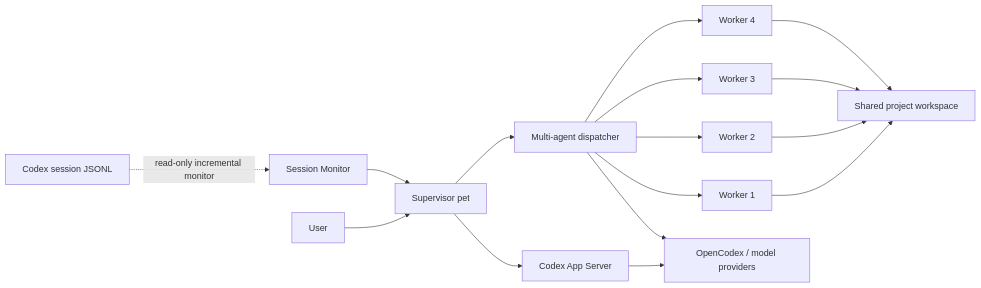
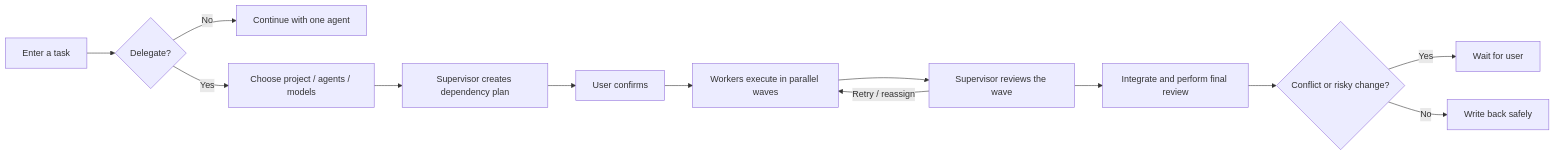
Before and after one commit to Gu-kai-lei/Open-Pet-Office: the diagram in README_EN.md, drawn with Mermaid. The commit also changed other lines of this file and 15 other files, not shown here.

````diff
--- a/README_EN.md
+++ b/README_EN.md
@@ -206,14 +59,15 @@
 ```mermaid
 flowchart LR
-    U[User] --> P[Supervisor pet]
-    P --> A[Codex App Server]
-    P --> D[Multi-agent dispatcher]
-    D --> W1[Worker 1]
-    D --> W2[Worker 2]
-    D --> W3[Worker 3]
-    D --> W4[Worker 4]
-    W1 & W2 & W3 & W4 --> S[Shared project workspace]
-    C[Codex session JSONL] -. read-only incremental monitor .-> M[Session Monitor]
-    M --> P
-    A & D --> O[OpenCodex / model providers]
+    A[Enter a task] --> B{Delegate?}
+    B -- No --> C[Continue with one agent]
+    B -- Yes --> D[Choose project / agents / models]
+    D --> E[Supervisor creates dependency plan]
+    E --> F[User confirms]
+    F --> G[Workers execute in parallel waves]
+    G --> H[Supervisor reviews the wave]
+    H -->|Retry / reassign| G
+    H --> I[Integrate and perform final review]
+    I --> J{Conflict or risky change?}
+    J -- Yes --> K[Wait for user]
+    J -- No --> L[Write back safely]
 ```
````
